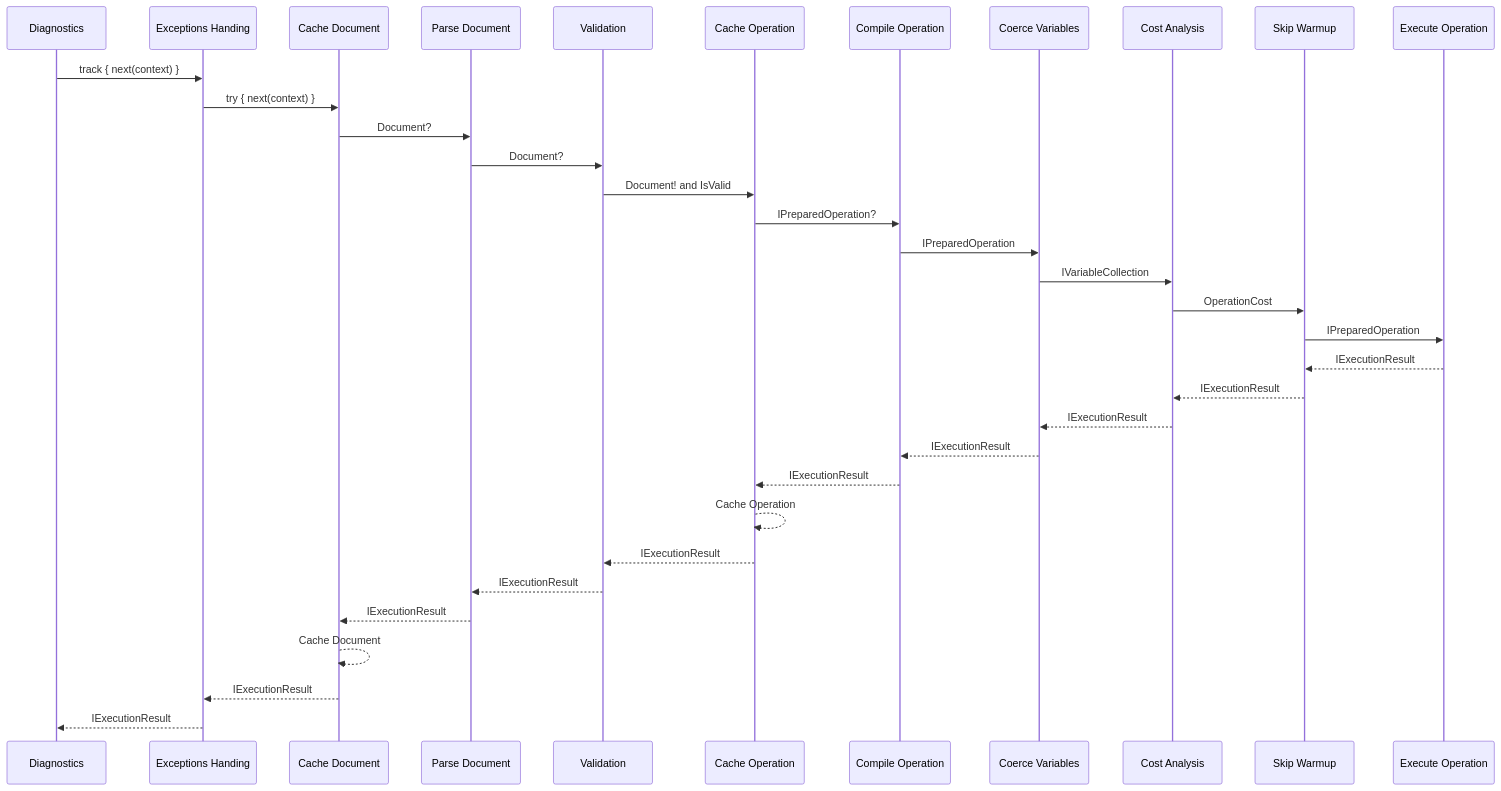
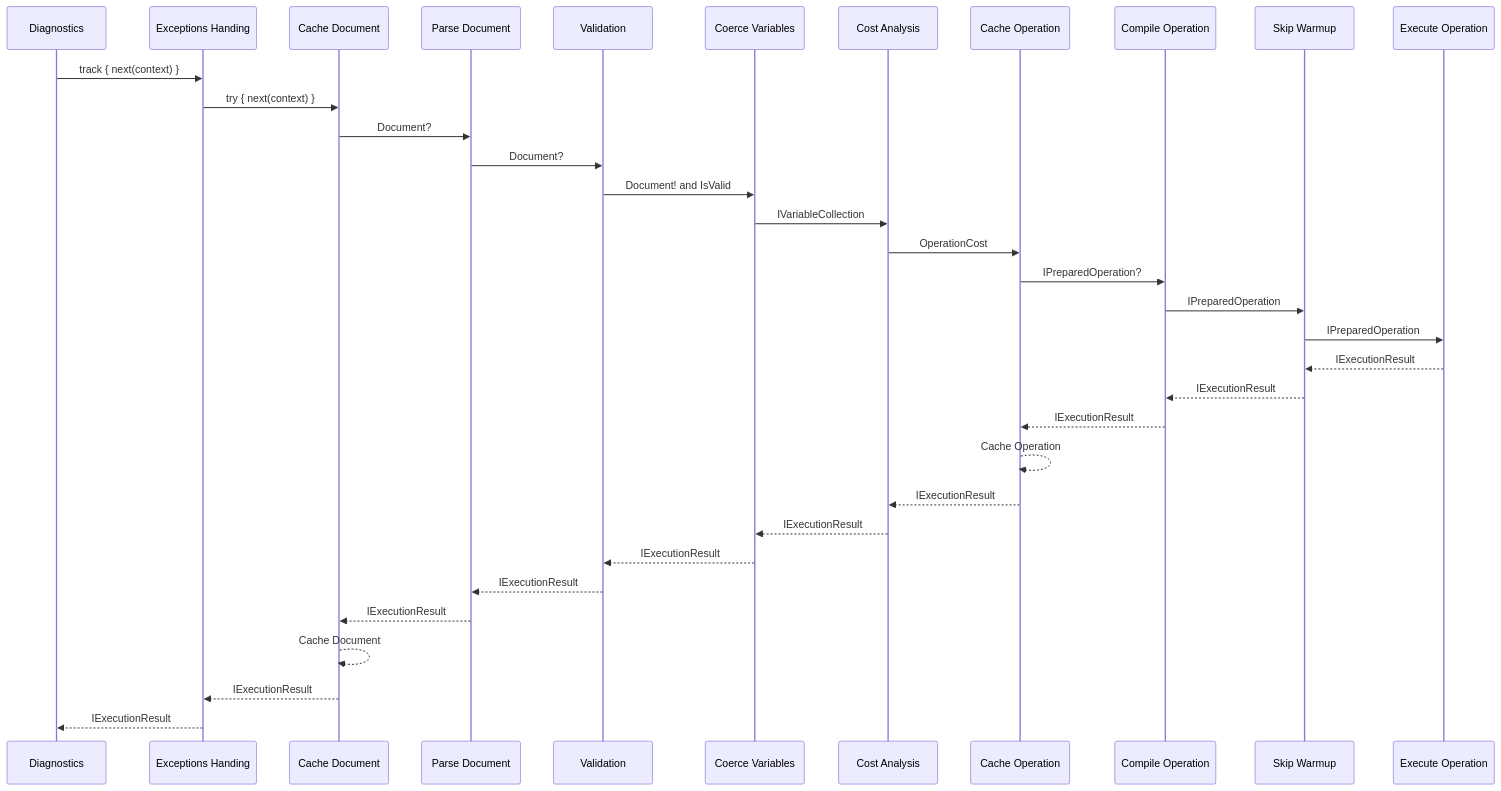
Before and after one commit to ChilliCream/graphql-platform: the first of 2 diagrams in src/HotChocolate/Core/src/Types/Execution/Pipeline/Pipelines.md, drawn with Mermaid. The commit also changed other lines of this file and 2 other files, not shown here.

First line of the commit message:
docs(cost-analysis): document the reordered pipeline

````diff
--- a/src/HotChocolate/Core/src/Types/Execution/Pipeline/Pipelines.md
+++ b/src/HotChocolate/Core/src/Types/Execution/Pipeline/Pipelines.md
@@ -10,26 +12,26 @@
 ```mermaid
 sequenceDiagram
     Diagnostics->>Exceptions Handing: track { next(context) }
     Exceptions Handing->>Cache Document: try { next(context) }
     Cache Document->>Parse Document: Document?
     Parse Document->>Validation: Document?
-    Validation->>Cache Operation: Document! and IsValid
+    Validation->>Coerce Variables: Document! and IsValid
+    Coerce Variables->>Cost Analysis: IVariableCollection
+    Cost Analysis->>Cache Operation: OperationCost
     Cache Operation->>Compile Operation: IPreparedOperation?
-    Compile Operation->>Coerce Variables: IPreparedOperation
-    Coerce Variables->>Cost Analysis: IVariableCollection
-    Cost Analysis->>Skip Warmup: OperationCost
+    Compile Operation->>Skip Warmup: IPreparedOperation
     Skip Warmup->>Execute Operation: IPreparedOperation
 
     Execute Operation-->>Skip Warmup: IExecutionResult
-    Skip Warmup-->>Cost Analysis: IExecutionResult
-    Cost Analysis-->>Coerce Variables: IExecutionResult
-    Coerce Variables-->>Compile Operation: IExecutionResult
+    Skip Warmup-->>Compile Operation: IExecutionResult
     Compile Operation-->>Cache Operation: IExecutionResult
     Cache Operation-->>Cache Operation: Cache Operation
-    Cache Operation-->>Validation: IExecutionResult
+    Cache Operation-->>Cost Analysis: IExecutionResult
+    Cost Analysis-->>Coerce Variables: IExecutionResult
+    Coerce Variables-->>Validation: IExecutionResult
     Validation-->>Parse Document: IExecutionResult
     Parse Document-->>Cache Document: IExecutionResult
     Cache Document-->>Cache Document: Cache Document
     Cache Document-->>Exceptions Handing: IExecutionResult
     Exceptions Handing-->>Diagnostics: IExecutionResult
 ```
````
